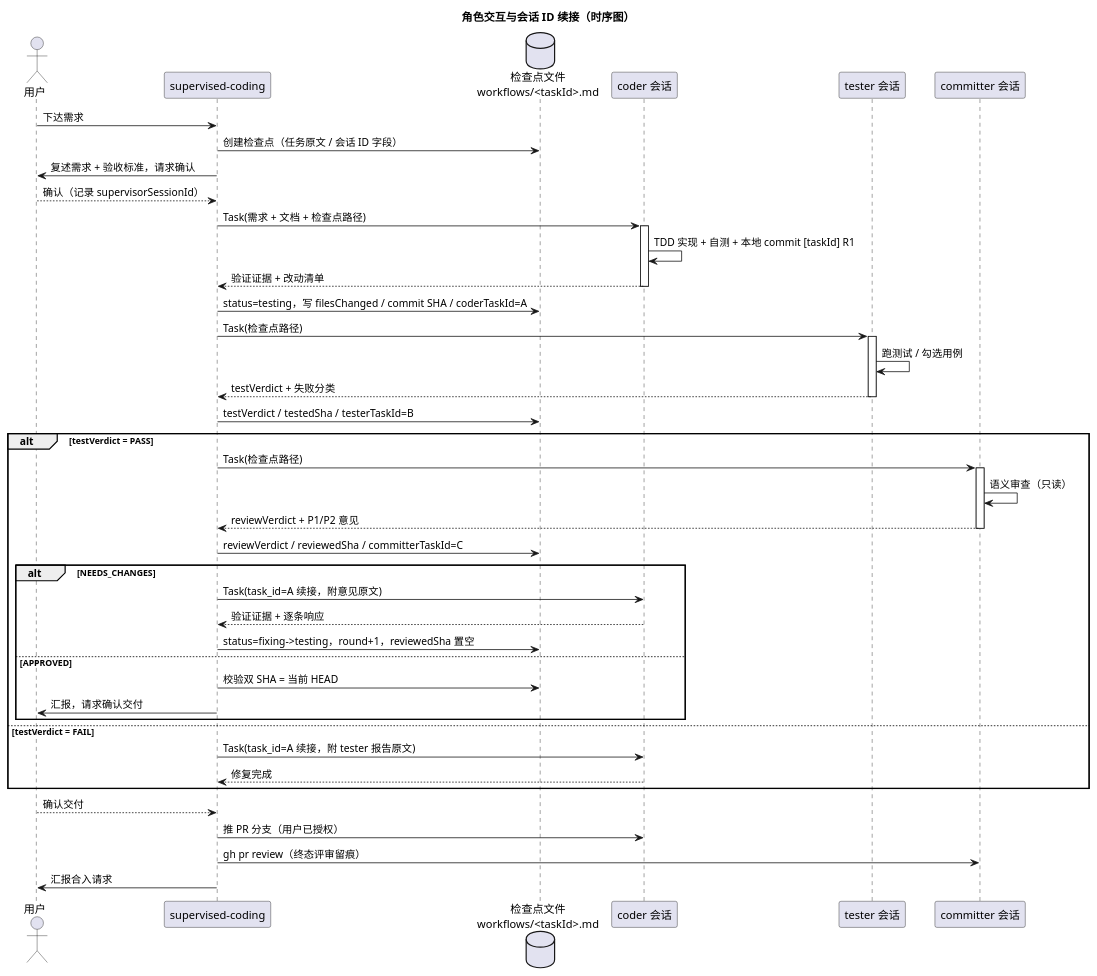
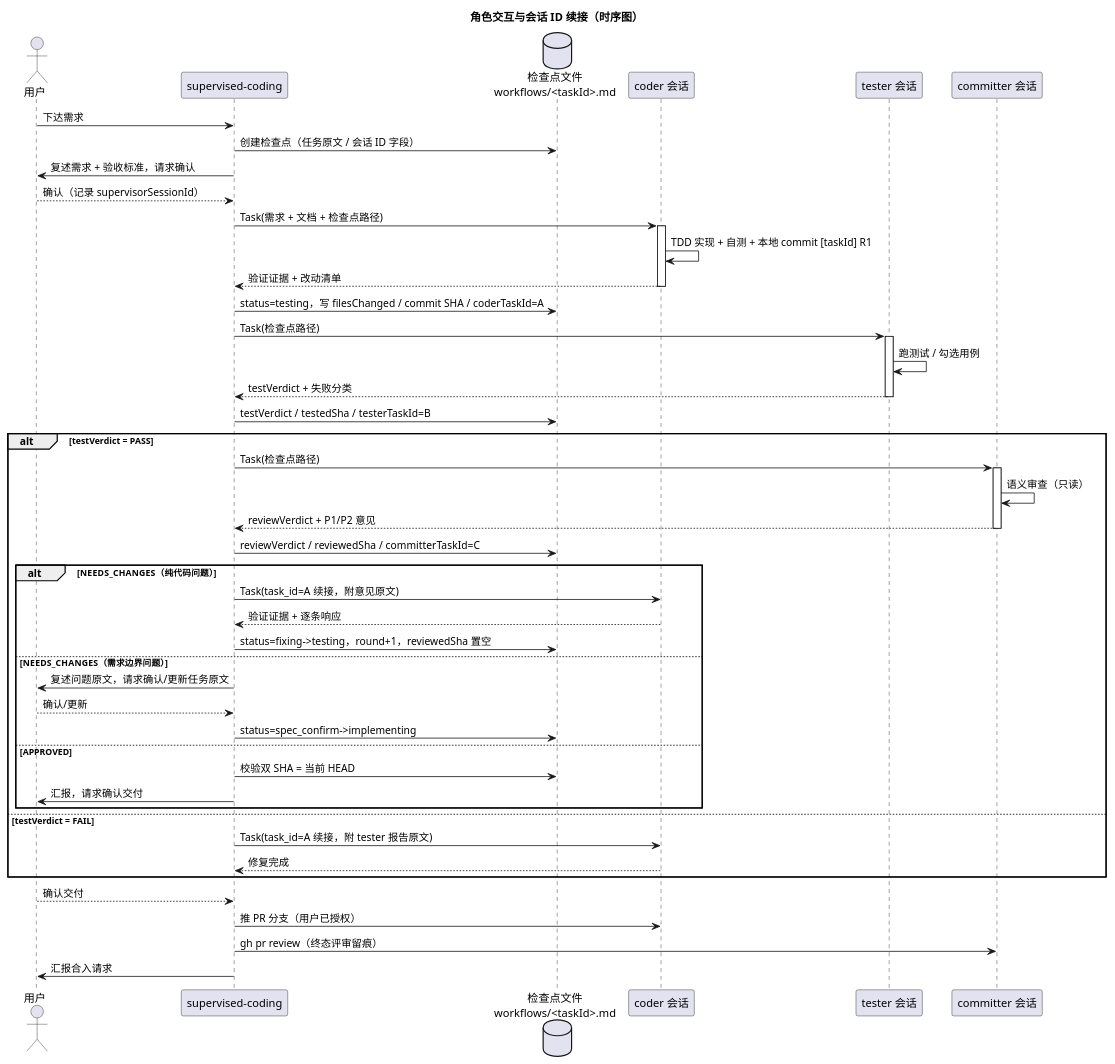
The second of 2 diagrams in .opencode/README.md (yq3/lab), drawn with PlantUML before and after one commit. The commit also changed other lines of this file and 5 other files, not shown here.

````diff
--- a/.opencode/README.md
+++ b/.opencode/README.md
@@ -301,61 +308,65 @@
 ```puml
 @startuml multi-agent-sequence
 title 角色交互与会话 ID 续接（时序图）
 
 actor "用户" as User
 participant "supervised-coding" as Sup
 database "检查点文件\nworkflows/<taskId>.md" as CP
 participant "coder 会话" as Coder
 participant "tester 会话" as Tester
 participant "committer 会话" as Rev
 
 User -> Sup: 下达需求
 Sup -> CP: 创建检查点（任务原文 / 会话 ID 字段）
 Sup -> User: 复述需求 + 验收标准，请求确认
 User --> Sup: 确认（记录 supervisorSessionId）
 
 Sup -> Coder: Task(需求 + 文档 + 检查点路径)
 ' 首次调用，返回 task_id=A
 activate Coder
 Coder -> Coder: TDD 实现 + 自测 + 本地 commit [taskId] R1
 Coder --> Sup: 验证证据 + 改动清单
 deactivate Coder
 Sup -> CP: status=testing，写 filesChanged / commit SHA / coderTaskId=A
 
 Sup -> Tester: Task(检查点路径)
 ' 首次调用，返回 task_id=B
 activate Tester
 Tester -> Tester: 跑测试 / 勾选用例
 Tester --> Sup: testVerdict + 失败分类
 deactivate Tester
 Sup -> CP: testVerdict / testedSha / testerTaskId=B
 
 alt testVerdict = PASS
   Sup -> Rev: Task(检查点路径)
   ' 首次调用，返回 task_id=C
   activate Rev
   Rev -> Rev: 语义审查（只读）
   Rev --> Sup: reviewVerdict + P1/P2 意见
   deactivate Rev
   Sup -> CP: reviewVerdict / reviewedSha / committerTaskId=C
-  alt NEEDS_CHANGES
+  alt NEEDS_CHANGES（纯代码问题）
     Sup -> Coder: Task(task_id=A 续接，附意见原文)
     ' 复用同一 coder 会话，上下文连续
     Coder --> Sup: 验证证据 + 逐条响应
     Sup -> CP: status=fixing->testing，round+1，reviewedSha 置空
+  else NEEDS_CHANGES（需求边界问题）
+    Sup -> User: 复述问题原文，请求确认/更新任务原文
+    User --> Sup: 确认/更新
+    Sup -> CP: status=spec_confirm->implementing
   else APPROVED
     Sup -> CP: 校验双 SHA = 当前 HEAD
     Sup -> User: 汇报，请求确认交付
   end
 else testVerdict = FAIL
   Sup -> Coder: Task(task_id=A 续接，附 tester 报告原文)
   Coder --> Sup: 修复完成
 end
 
 User --> Sup: 确认交付
 Sup -> Coder: 推 PR 分支（用户已授权）
 Sup -> Rev: gh pr review（终态评审留痕）
 Sup -> User: 汇报合入请求
 
 @enduml
 ```
````
